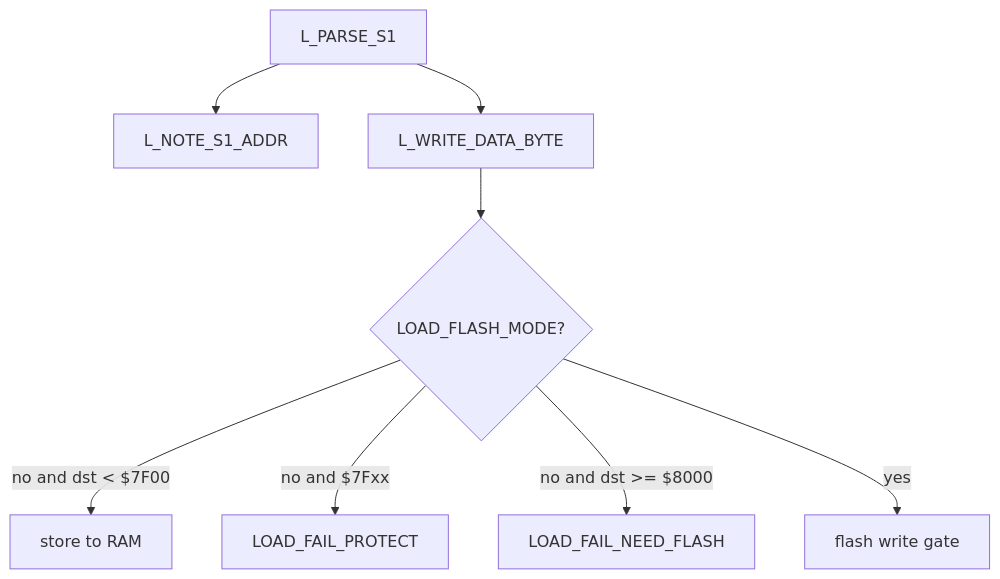
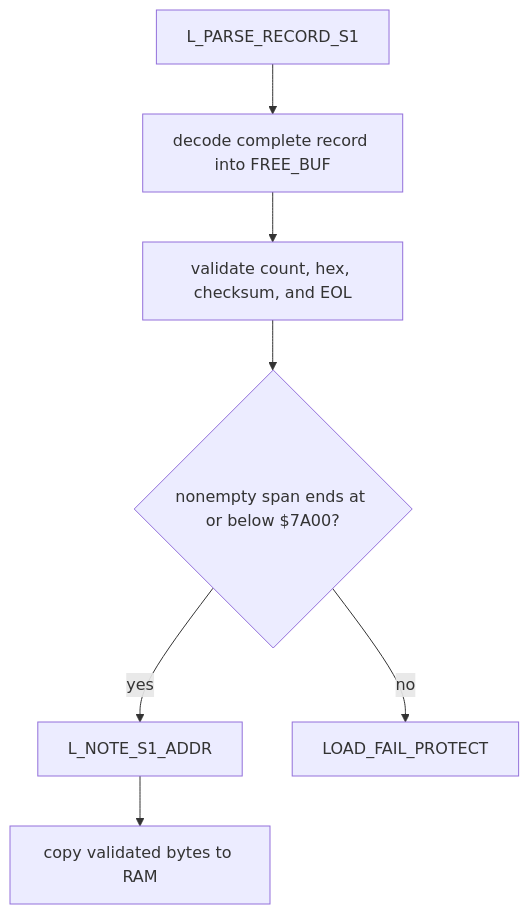
Diagram 12 of 19 in DOC/GUIDES/HIMON/HIMON_MAP.md (95westus/R-YORS), drawn with Mermaid before and after one commit. The commit also changed other lines of this file and 9 other files, not shown here.

````diff
--- a/DOC/GUIDES/HIMON/HIMON_MAP.md
+++ b/DOC/GUIDES/HIMON/HIMON_MAP.md
@@ -224,10 +225,9 @@
 ```mermaid
 flowchart TD
-    S1[L_PARSE_S1] --> NOTE[L_NOTE_S1_ADDR]
-    S1 --> WRITE[L_WRITE_DATA_BYTE]
-    WRITE --> RAM{LOAD_FLASH_MODE?}
-    RAM -->|no and dst < $7F00| RAMWRITE[store to RAM]
-    RAM -->|no and $7Fxx| RAMPROTECT[LOAD_FAIL_PROTECT]
-    RAM -->|no and dst >= $8000| NEEDF[LOAD_FAIL_NEED_FLASH]
-    RAM -->|yes| FLASHGATE[flash write gate]
+    S1[L_PARSE_RECORD_S1] --> DECODE[decode complete record into FREE_BUF]
+    DECODE --> CHECK[validate count, hex, checksum, and EOL]
+    CHECK --> SPAN{nonempty span ends at or below $7A00?}
+    SPAN -->|yes| NOTE[L_NOTE_S1_ADDR]
+    NOTE --> RAMWRITE[copy validated bytes to RAM]
+    SPAN -->|no| RAMPROTECT[LOAD_FAIL_PROTECT]
 ```
````
